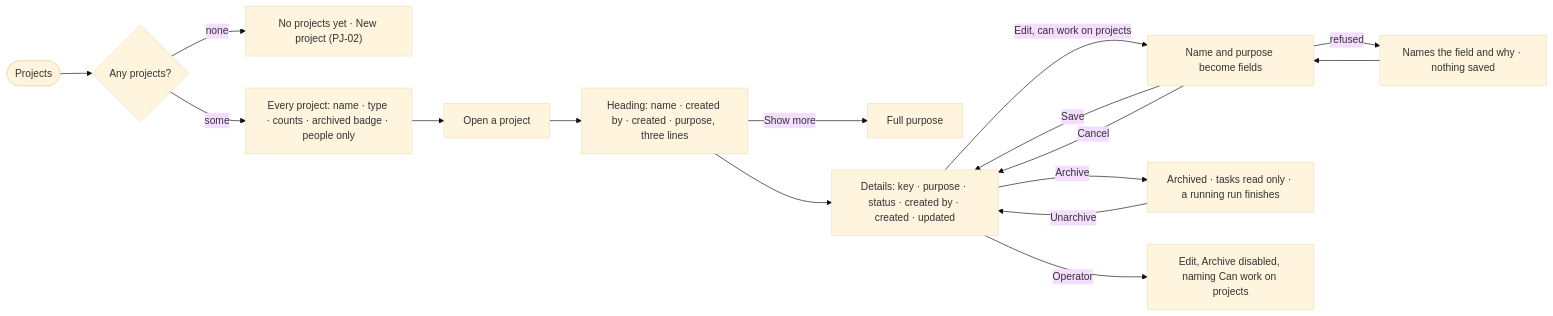
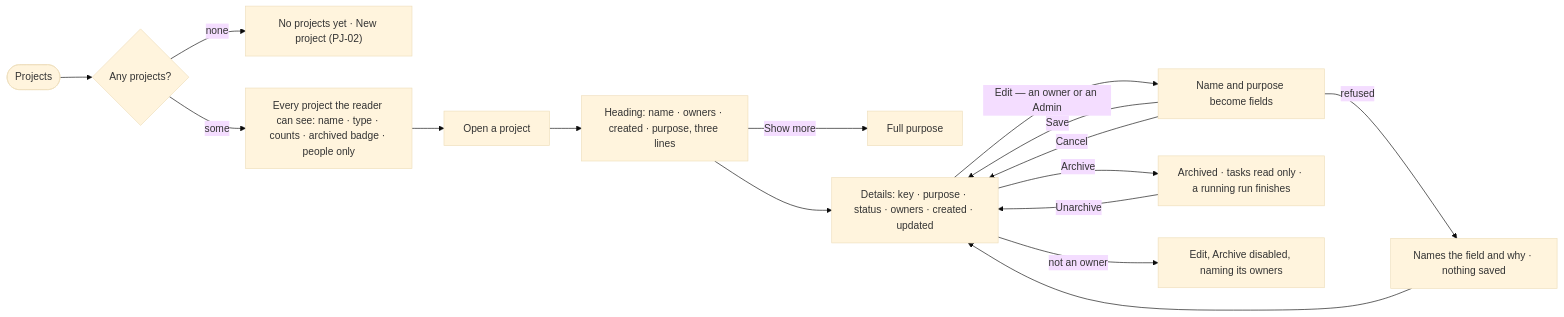
One commit to invana/invana changed the diagram in specs/capabilities/projects/features/PJ-F01-projects-and-tasks/stories/PJ-01-see-every-project-and-open-one/story.md. Above: the diagram before and after it, drawn with Mermaid (base theme). The commit also changed other lines of this file and 522 other files, not shown here.

````diff
--- a/specs/capabilities/projects/features/PJ-F01-projects-and-tasks/stories/PJ-01-see-every-project-and-open-one/story.md
+++ b/specs/capabilities/projects/features/PJ-F01-projects-and-tasks/stories/PJ-01-see-every-project-and-open-one/story.md
@@ -26,17 +30,17 @@
 ```mermaid
 flowchart LR
   s([Projects]) --> any{"Any projects?"}
   any -->|none| e["No projects yet · New project (PJ-02)"]
-  any -->|some| l["Every project: name · type · counts · archived badge · people only"]
+  any -->|some| l["Every project the reader can see: name · type · counts · archived badge · people only"]
   l --> o["Open a project"]
-  o --> h["Heading: name · created by · created · purpose, three lines"]
+  o --> h["Heading: name · owners · created · purpose, three lines"]
   h -->|Show more| h2["Full purpose"]
-  h --> d["Details: key · purpose · status · created by · created · updated"]
-  d -->|Edit, can work on projects| ed["Name and purpose become fields"]
+  h --> d["Details: key · purpose · status · owners · created · updated"]
+  d -->|Edit — an owner or an Admin| ed["Name and purpose become fields"]
   ed -->|Save| d
   ed -->|Cancel| d
-  ed -->|refused| r["Names the field and why · nothing saved"] --> ed
+  ed -->|refused| r["Names the field and why · nothing saved"] --> d
   d -->|Archive| ar["Archived · tasks read only · a running run finishes"]
   ar -->|Unarchive| d
-  d -->|Operator| na["Edit, Archive disabled, naming Can work on projects"]
+  d -->|not an owner| na["Edit, Archive disabled, naming its owners"]
 ```
````
